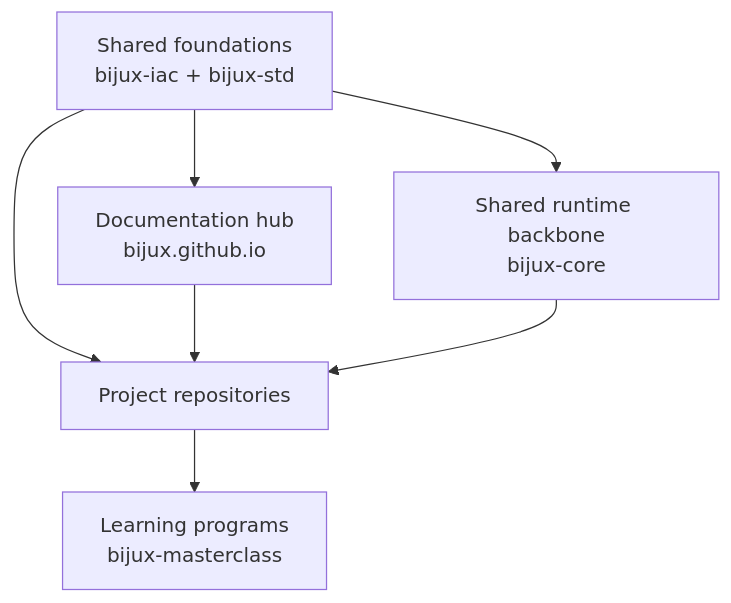
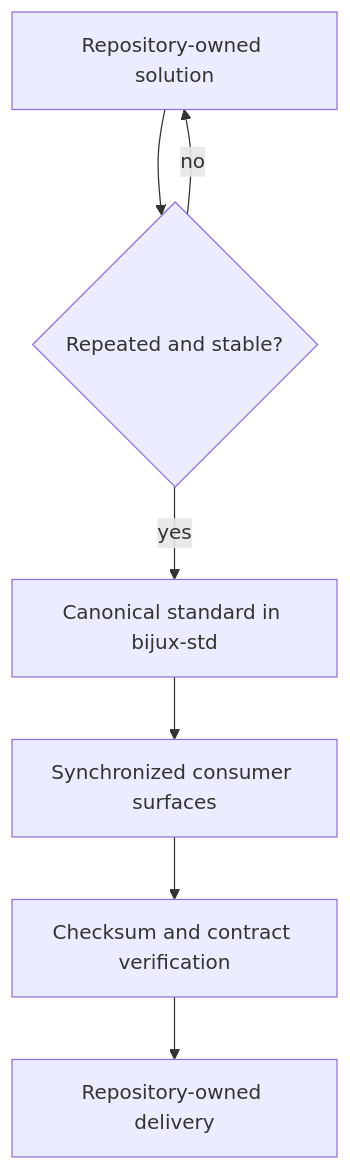
Before and after one commit to bijux/bijux.github.io: the second of 2 diagrams in docs/01-platform/index.md, drawn with Mermaid. The commit also changed other lines of this file and 4 other files, not shown here.

````diff
--- a/docs/01-platform/index.md
+++ b/docs/01-platform/index.md
@@ -27,9 +67,9 @@
 ```mermaid
-graph TD
-    foundations["Shared foundations<br/>bijux-iac + bijux-std"] --> hub["Documentation hub<br/>bijux.github.io"]
-    foundations --> core["Shared runtime backbone<br/>bijux-core"]
-    foundations --> projects["Project repositories"]
-    hub --> projects
-    core --> projects
-    projects --> learning["Learning programs<br/>bijux-masterclass"]
+flowchart TD
+    local["Repository-owned solution"] --> proven{"Repeated and stable?"}
+    proven -->|no| local
+    proven -->|yes| standard["Canonical standard in bijux-std"]
+    standard --> consumers["Synchronized consumer surfaces"]
+    consumers --> verify["Checksum and contract verification"]
+    verify --> publish["Repository-owned delivery"]
 ```
````
